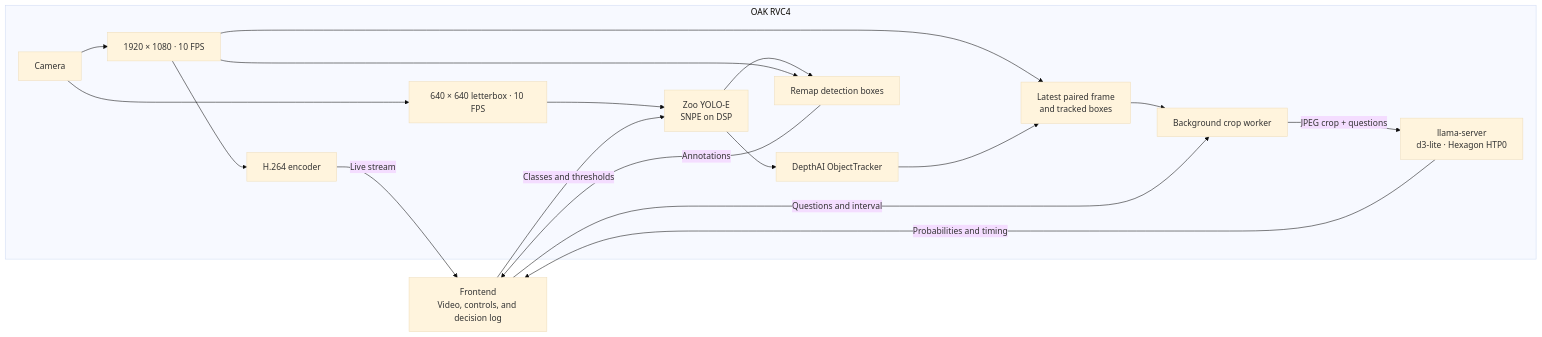
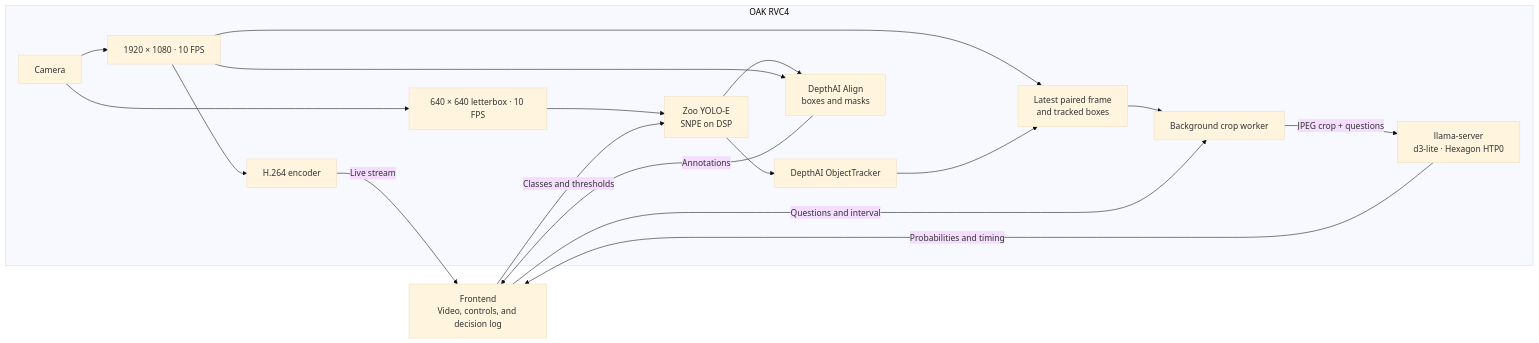
One commit to luxonis/oak-examples changed the diagram in apps/visual-decision-model/README.md. Above: the diagram before and after it, drawn with Mermaid (base theme). The commit also changed other lines of this file and 4 other files, not shown here.

````diff
--- a/apps/visual-decision-model/README.md
+++ b/apps/visual-decision-model/README.md
@@ -27,32 +27,32 @@
 ```mermaid
 flowchart LR
     UI["Frontend<br/>Video, controls, and decision log"]
 
     subgraph OAK["OAK RVC4"]
         Camera["Camera"]
         Video["1920 × 1080 · 10 FPS"]
         DetectorFrame["640 × 640 letterbox · 10 FPS"]
         Encoder["H.264 encoder"]
         YOLO["Zoo YOLO-E<br/>SNPE on DSP"]
         Tracker["DepthAI ObjectTracker"]
-        Overlay["Remap detection boxes"]
+        Overlay["DepthAI Align<br/>boxes and masks"]
         Snapshot["Latest paired frame<br/>and tracked boxes"]
         Worker["Background crop worker"]
         Decision["llama-server<br/>d3-lite · Hexagon HTP0"]
 
         Camera --> Video --> Encoder
         Camera --> DetectorFrame --> YOLO
         YOLO --> Tracker
         YOLO --> Overlay
         Video --> Overlay
         Video --> Snapshot
         Tracker --> Snapshot --> Worker
         Worker -->|JPEG crop + questions| Decision
     end
 
     Encoder -->|Live stream| UI
     Overlay -->|Annotations| UI
     UI -->|Classes and thresholds| YOLO
     UI -->|Questions and interval| Worker
     Decision -->|Probabilities and timing| UI
 ```
````
